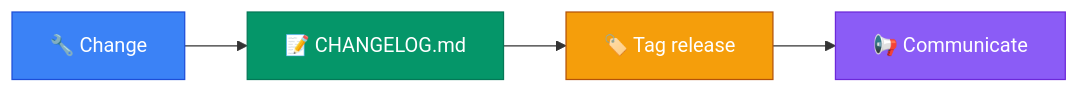
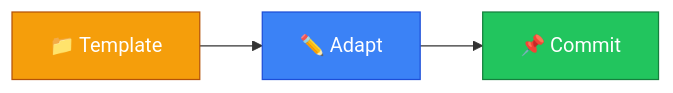
Before and after one commit to manansbdb/changelog-keepachangelog: the diagram in README.md, drawn with Mermaid. The commit also changed other lines of this file and 1 other file, not shown here.

Commit message:
docs: polish README with banner, badges, mermaid, Install EN+PT (#1)

````diff
--- a/README.md
+++ b/README.md
@@ -28,10 +27,8 @@
 ```mermaid
 flowchart LR
-  A["🔧 Change"] --> B["📝 CHANGELOG.md"]
-  B --> C["🏷️ Tag release"]
-  C --> D["📢 Communicate"]
-  style A fill:#3b82f6,stroke:#1d4ed8,color:#fff
-  style B fill:#059669,stroke:#047857,color:#fff
-  style C fill:#f59e0b,stroke:#b45309,color:#fff
-  style D fill:#8b5cf6,stroke:#6d28d9,color:#fff
+  A["📁 Template"] --> B["✏️ Adapt"]
+  B --> C["📌 Commit"]
+  style A fill:#f59e0b,stroke:#b45309,color:#fff
+  style B fill:#3b82f6,stroke:#1d4ed8,color:#fff
+  style C fill:#22c55e,stroke:#15803d,color:#fff
 ```
````
